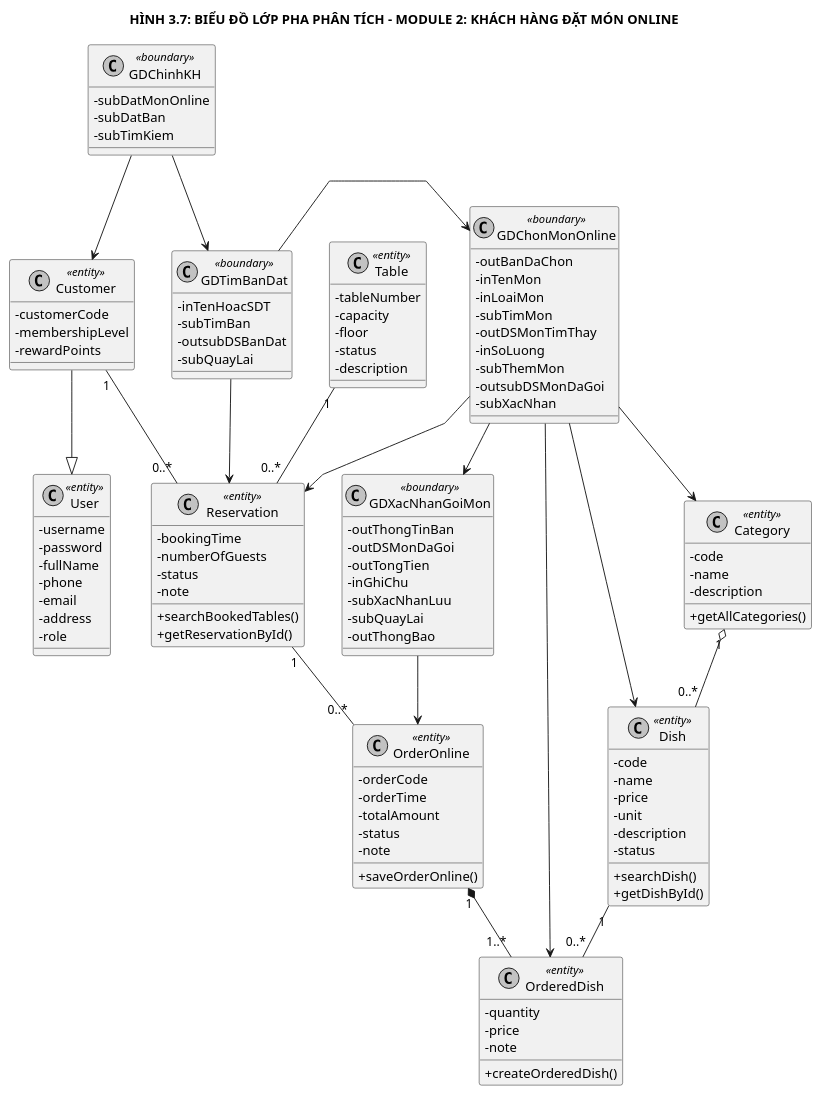
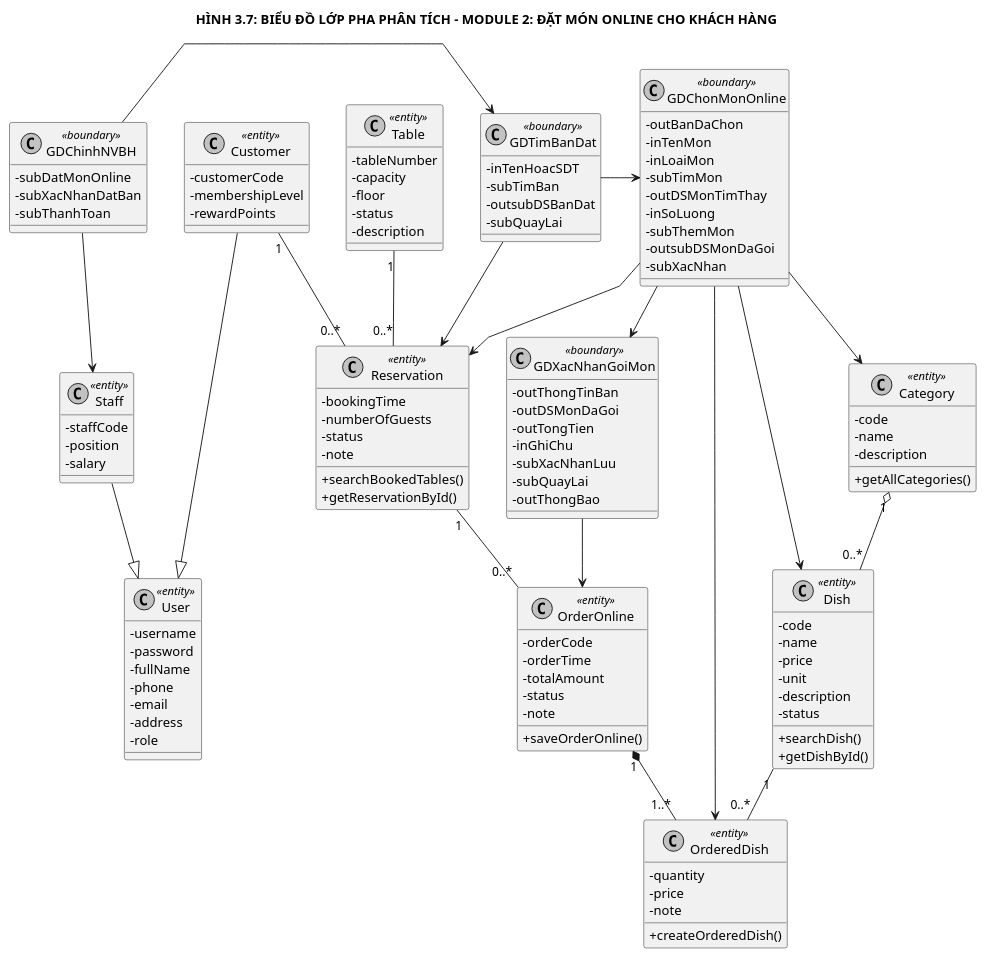
Before and after one commit to NEWBIE1005/RMS_RestaurantManagementSystem: the diagram in docs/plantuml/phan_tich/Analysis_03_Module2_ClassDiagram.puml, drawn with PlantUML. The commit also changed 30 other files, not shown here.

Commit message:
Align Module 2 across Spec/Analysis/Design/UI/Report with Sale Staff as primary operator and Customer as external info provider

```diff
--- a/docs/plantuml/phan_tich/Analysis_03_Module2_ClassDiagram.puml
+++ b/docs/plantuml/phan_tich/Analysis_03_Module2_ClassDiagram.puml
@@ -1,134 +1,141 @@
 @startuml Analysis_03_Module2_ClassDiagram
 skinparam classAttributeIconSize 0
 skinparam monochrome true
 skinparam shadowing false
 skinparam linetype polyline
 skinparam packageStyle rectangle
 skinparam nodesep 40
 skinparam ranksep 55
 
-title HÌNH 3.7: BIỂU ĐỒ LỚP PHA PHÂN TÍCH - MODULE 2: KHÁCH HÀNG ĐẶT MÓN ONLINE
+title HÌNH 3.7: BIỂU ĐỒ LỚP PHA PHÂN TÍCH - MODULE 2: ĐẶT MÓN ONLINE CHO KHÁCH HÀNG
 
-class GDChinhKH <<boundary>> {
+class GDChinhNVBH <<boundary>> {
     - subDatMonOnline
-    - subDatBan
-    - subTimKiem
+    - subXacNhanDatBan
+    - subThanhToan
 }
 
 class GDTimBanDat <<boundary>> {
     - inTenHoacSDT
     - subTimBan
     - outsubDSBanDat
     - subQuayLai
 }
 
 class GDChonMonOnline <<boundary>> {
     - outBanDaChon
     - inTenMon
     - inLoaiMon
     - subTimMon
     - outDSMonTimThay
     - inSoLuong
     - subThemMon
     - outsubDSMonDaGoi
     - subXacNhan
 }
 
 class GDXacNhanGoiMon <<boundary>> {
     - outThongTinBan
     - outDSMonDaGoi
     - outTongTien
     - inGhiChu
     - subXacNhanLuu
     - subQuayLai
     - outThongBao
 }
 
 class User <<entity>> {
     - username
     - password
     - fullName
     - phone
     - email
     - address
     - role
+}
+
+class Staff <<entity>> {
+    - staffCode
+    - position
+    - salary
 }
 
 class Customer <<entity>> {
     - customerCode
     - membershipLevel
     - rewardPoints
 }
 
 class Table <<entity>> {
     - tableNumber
     - capacity
     - floor
     - status
     - description
 }
 
 class Reservation <<entity>> {
     - bookingTime
     - numberOfGuests
     - status
     - note
     + searchBookedTables()
     + getReservationById()
 }
 
 class Category <<entity>> {
     - code
     - name
     - description
     + getAllCategories()
 }
 
 class Dish <<entity>> {
     - code
     - name
     - price
     - unit
     - description
     - status
     + searchDish()
     + getDishById()
 }
 
 class OrderedDish <<entity>> {
     - quantity
     - price
     - note
     + createOrderedDish()
 }
 
 class OrderOnline <<entity>> {
     - orderCode
     - orderTime
     - totalAmount
     - status
     - note
     + saveOrderOnline()
 }
 
-GDChinhKH -right-> GDTimBanDat
+GDChinhNVBH -right-> GDTimBanDat
 GDTimBanDat -right-> GDChonMonOnline
 GDChonMonOnline -right-> GDXacNhanGoiMon
 
-GDChinhKH -down-> Customer
+GDChinhNVBH -down-> Staff
 GDTimBanDat -down-> Reservation
 GDChonMonOnline -down-> Reservation
 GDChonMonOnline -down-> Category
 GDChonMonOnline -down-> Dish
 GDChonMonOnline -down-> OrderedDish
 GDXacNhanGoiMon -down-> OrderOnline
 
+Staff -down-|> User
 Customer -down-|> User
 Customer "1" -- "0..*" Reservation
 Table "1" -- "0..*" Reservation
 Category "1" o-- "0..*" Dish
 Reservation "1" -- "0..*" OrderOnline
 OrderOnline "1" *-- "1..*" OrderedDish
 Dish "1" -- "0..*" OrderedDish
 
 @enduml
```
